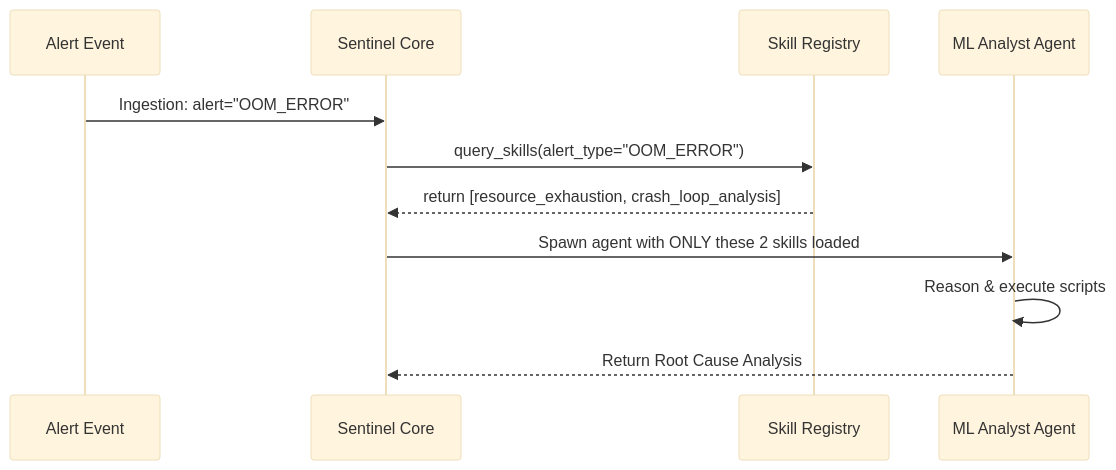
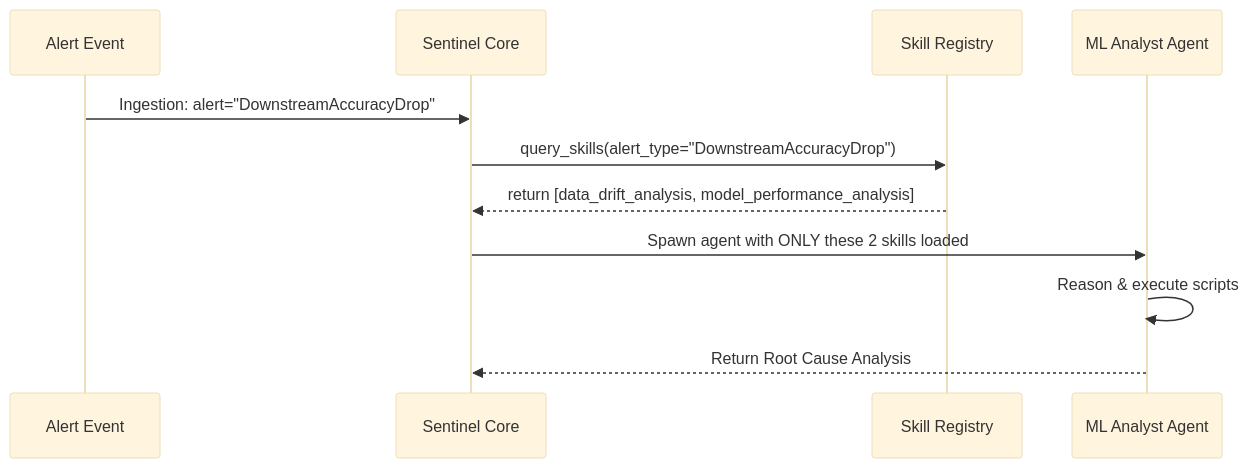
The diagram in docs/decisions/ADR-001-dynamic-skills.md (Anas-Khatiri/ai-analyst-agent), drawn with Mermaid (base theme) before and after one commit. The commit also changed 23 other files, not shown here.

````diff
--- a/docs/decisions/ADR-001-dynamic-skills.md
+++ b/docs/decisions/ADR-001-dynamic-skills.md
@@ -51,14 +51,14 @@
 ```mermaid
 sequenceDiagram
     participant SRE as Alert Event
     participant Engine as Sentinel Core
     participant Reg as Skill Registry
     participant Agent as ML Analyst Agent
 
-    SRE->>Engine: Ingestion: alert="OOM_ERROR"
-    Engine->>Reg: query_skills(alert_type="OOM_ERROR")
-    Reg-->>Engine: return [resource_exhaustion, crash_loop_analysis]
+    SRE->>Engine: Ingestion: alert="DownstreamAccuracyDrop"
+    Engine->>Reg: query_skills(alert_type="DownstreamAccuracyDrop")
+    Reg-->>Engine: return [data_drift_analysis, model_performance_analysis]
     Engine->>Agent: Spawn agent with ONLY these 2 skills loaded
     Agent->>Agent: Reason & execute scripts
     Agent-->>Engine: Return Root Cause Analysis
 ```
````
